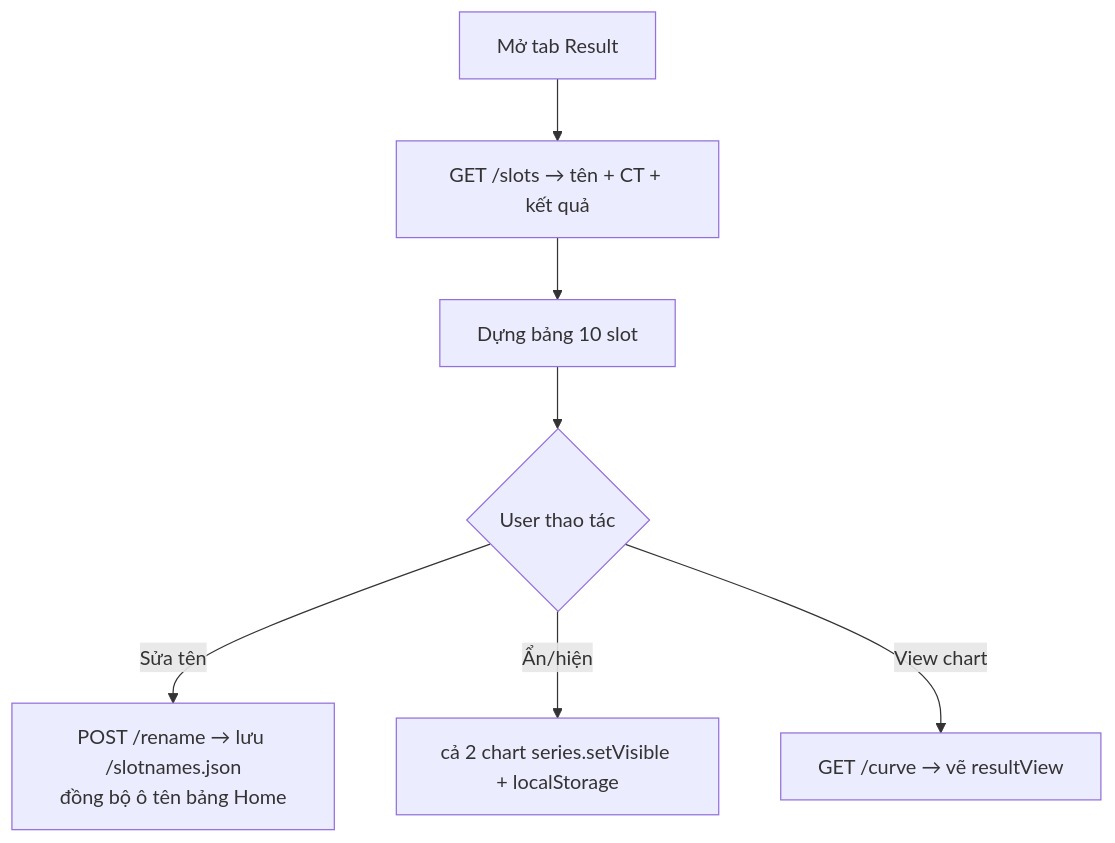
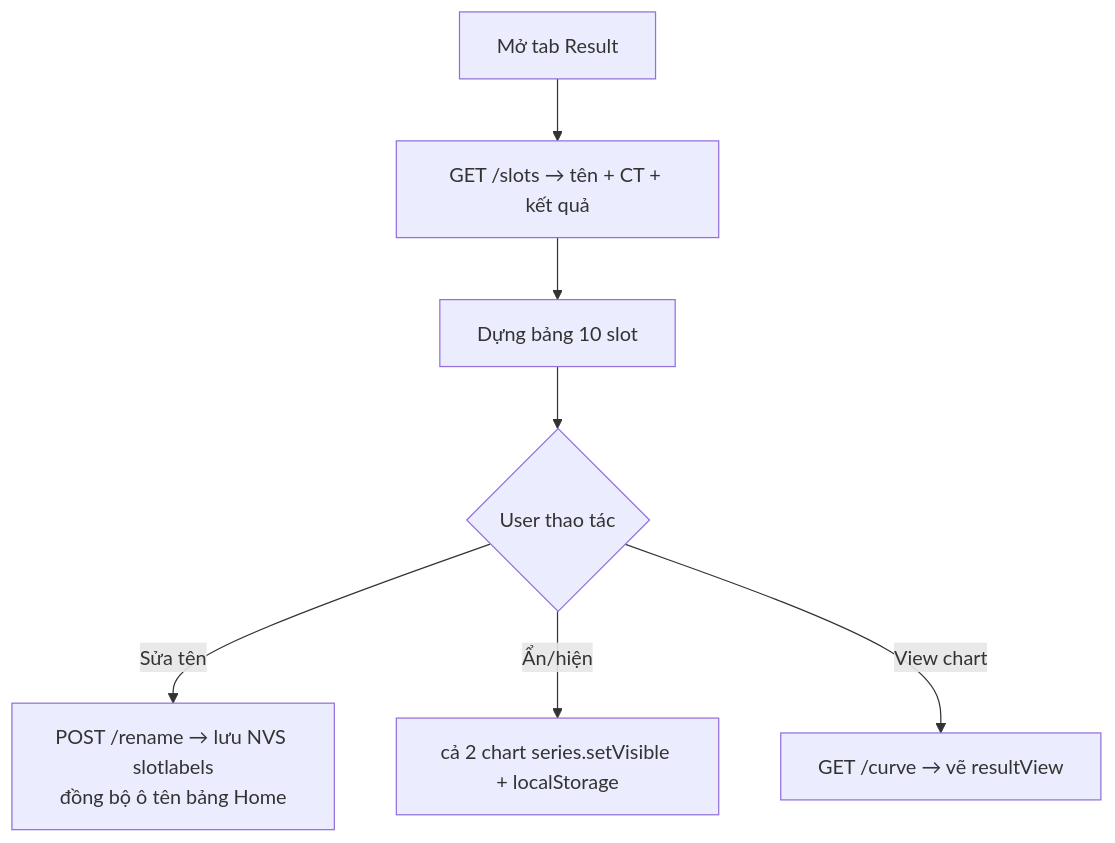
Before and after one commit to fortebio/ToolEngineer: the eighth of 8 diagrams in firmware/rapidplus/docs/architecture/05-web-dashboard.md, drawn with Mermaid. The commit also changed other lines of this file and 59 other files, not shown here.

````diff
--- a/firmware/rapidplus/docs/architecture/05-web-dashboard.md
+++ b/firmware/rapidplus/docs/architecture/05-web-dashboard.md
@@ -212,9 +212,9 @@
 ```mermaid
 flowchart TD
   A[Mở tab Result] --> B[GET /slots → tên + CT + kết quả]
   B --> C[Dựng bảng 10 slot]
   C --> D{User thao tác}
-  D -->|Sửa tên| E[POST /rename → lưu /slotnames.json<br/>đồng bộ ô tên bảng Home]
+  D -->|Sửa tên| E[POST /rename → lưu NVS slotlabels<br/>đồng bộ ô tên bảng Home]
   D -->|Ẩn/hiện| F[cả 2 chart series.setVisible + localStorage]
   D -->|View chart| G[GET /curve → vẽ resultView]
 ```
````
